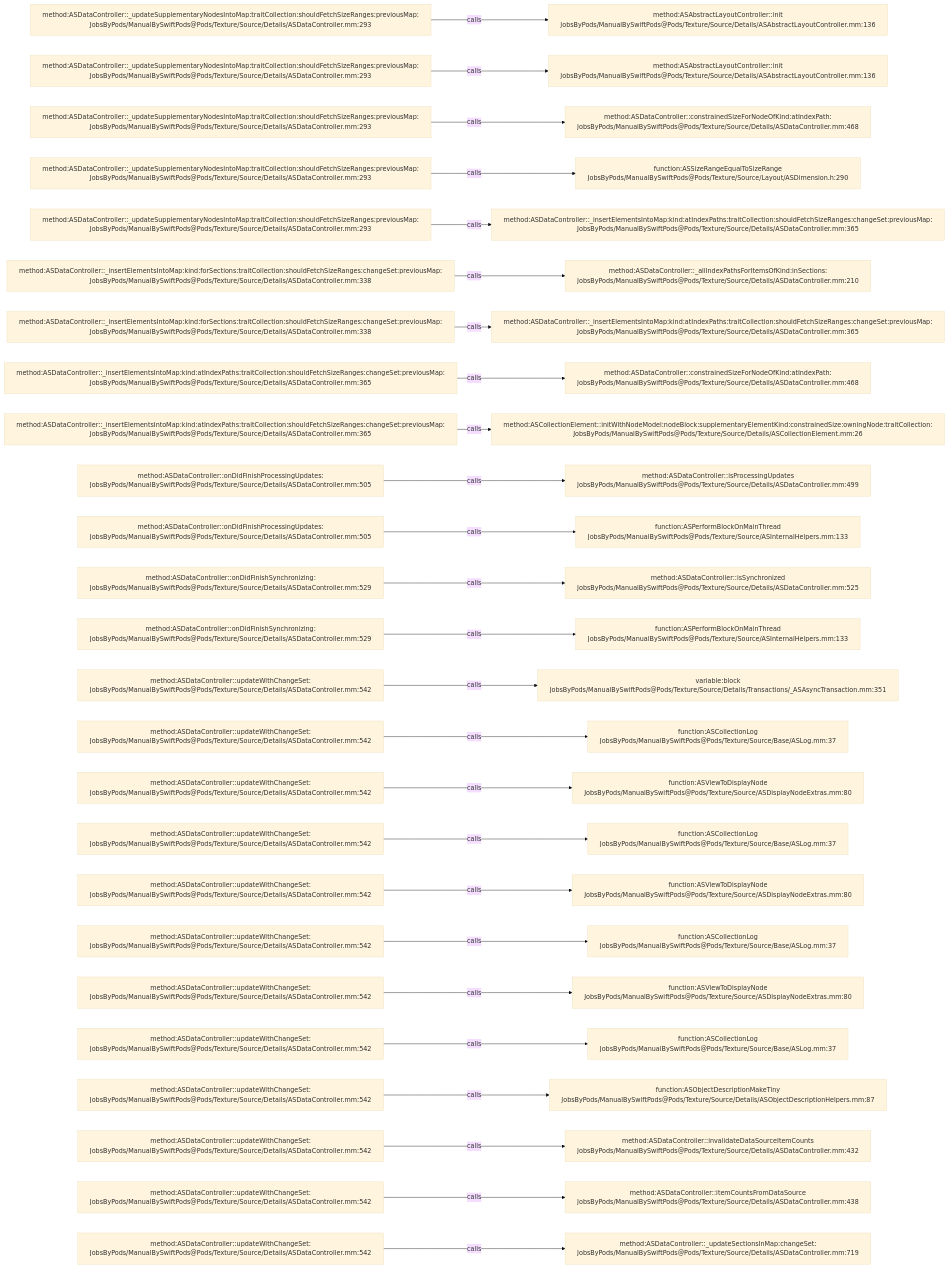
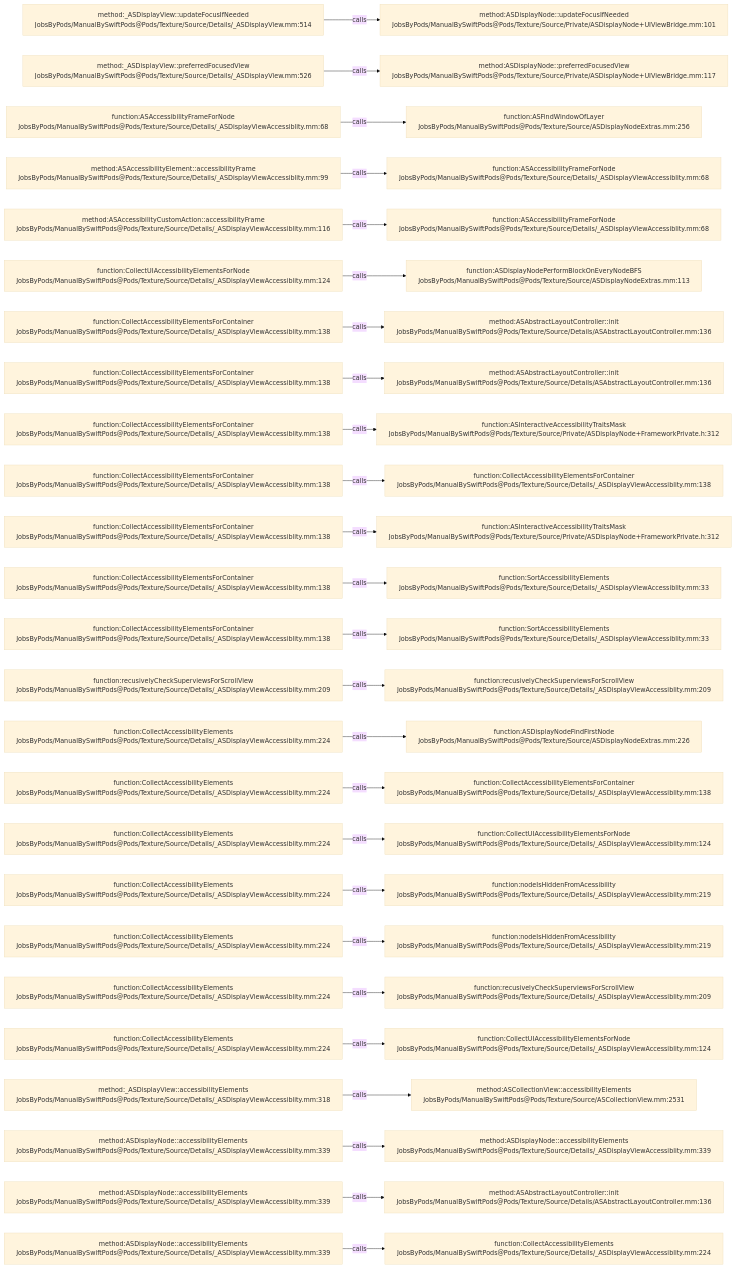
Before and after one commit to JobsKits/JobsSwiftBaseConfigDemo: the diagram in .codegraph/codegraph.md/graphs/calls-104.md, drawn with Mermaid (base theme). The commit also changed 832 other files, not shown here.

````diff
--- a/.codegraph/codegraph.md/graphs/calls-104.md
+++ b/.codegraph/codegraph.md/graphs/calls-104.md
@@ -13,78 +13,78 @@
 ```mermaid
 flowchart LR
-  S1["method:ASDataController::_updateSupplementaryNodesIntoMap:traitCollection:shouldFetchSizeRanges:previousMap:<br/>JobsByPods/ManualBySwiftPods@Pods/Texture/Source/Details/ASDataController.mm:293"]
-  T1["method:ASAbstractLayoutController::init<br/>JobsByPods/ManualBySwiftPods@Pods/Texture/Source/Details/ASAbstractLayoutController.mm:136"]
+  S1["method:_ASDisplayView::updateFocusIfNeeded<br/>JobsByPods/ManualBySwiftPods@Pods/Texture/Source/Details/_ASDisplayView.mm:514"]
+  T1["method:ASDisplayNode::updateFocusIfNeeded<br/>JobsByPods/ManualBySwiftPods@Pods/Texture/Source/Private/ASDisplayNode+UIViewBridge.mm:101"]
   S1 -->|calls| T1
-  S2["method:ASDataController::_updateSupplementaryNodesIntoMap:traitCollection:shouldFetchSizeRanges:previousMap:<br/>JobsByPods/ManualBySwiftPods@Pods/Texture/Source/Details/ASDataController.mm:293"]
-  T2["method:ASAbstractLayoutController::init<br/>JobsByPods/ManualBySwiftPods@Pods/Texture/Source/Details/ASAbstractLayoutController.mm:136"]
+  S2["method:_ASDisplayView::preferredFocusedView<br/>JobsByPods/ManualBySwiftPods@Pods/Texture/Source/Details/_ASDisplayView.mm:526"]
+  T2["method:ASDisplayNode::preferredFocusedView<br/>JobsByPods/ManualBySwiftPods@Pods/Texture/Source/Private/ASDisplayNode+UIViewBridge.mm:117"]
   S2 -->|calls| T2
-  S3["method:ASDataController::_updateSupplementaryNodesIntoMap:traitCollection:shouldFetchSizeRanges:previousMap:<br/>JobsByPods/ManualBySwiftPods@Pods/Texture/Source/Details/ASDataController.mm:293"]
-  T3["method:ASDataController::constrainedSizeForNodeOfKind:atIndexPath:<br/>JobsByPods/ManualBySwiftPods@Pods/Texture/Source/Details/ASDataController.mm:468"]
+  S3["function:ASAccessibilityFrameForNode<br/>JobsByPods/ManualBySwiftPods@Pods/Texture/Source/Details/_ASDisplayViewAccessiblity.mm:68"]
+  T3["function:ASFindWindowOfLayer<br/>JobsByPods/ManualBySwiftPods@Pods/Texture/Source/ASDisplayNodeExtras.mm:256"]
   S3 -->|calls| T3
-  S4["method:ASDataController::_updateSupplementaryNodesIntoMap:traitCollection:shouldFetchSizeRanges:previousMap:<br/>JobsByPods/ManualBySwiftPods@Pods/Texture/Source/Details/ASDataController.mm:293"]
-  T4["function:ASSizeRangeEqualToSizeRange<br/>JobsByPods/ManualBySwiftPods@Pods/Texture/Source/Layout/ASDimension.h:290"]
+  S4["method:ASAccessibilityElement::accessibilityFrame<br/>JobsByPods/ManualBySwiftPods@Pods/Texture/Source/Details/_ASDisplayViewAccessiblity.mm:99"]
+  T4["function:ASAccessibilityFrameForNode<br/>JobsByPods/ManualBySwiftPods@Pods/Texture/Source/Details/_ASDisplayViewAccessiblity.mm:68"]
   S4 -->|calls| T4
-  S5["method:ASDataController::_updateSupplementaryNodesIntoMap:traitCollection:shouldFetchSizeRanges:previousMap:<br/>JobsByPods/ManualBySwiftPods@Pods/Texture/Source/Details/ASDataController.mm:293"]
-  T5["method:ASDataController::_insertElementsIntoMap:kind:atIndexPaths:traitCollection:shouldFetchSizeRanges:changeSet:previousMap:<br/>JobsByPods/ManualBySwiftPods@Pods/Texture/Source/Details/ASDataController.mm:365"]
+  S5["method:ASAccessibilityCustomAction::accessibilityFrame<br/>JobsByPods/ManualBySwiftPods@Pods/Texture/Source/Details/_ASDisplayViewAccessiblity.mm:116"]
+  T5["function:ASAccessibilityFrameForNode<br/>JobsByPods/ManualBySwiftPods@Pods/Texture/Source/Details/_ASDisplayViewAccessiblity.mm:68"]
   S5 -->|calls| T5
-  S6["method:ASDataController::_insertElementsIntoMap:kind:forSections:traitCollection:shouldFetchSizeRanges:changeSet:previousMap:<br/>JobsByPods/ManualBySwiftPods@Pods/Texture/Source/Details/ASDataController.mm:338"]
-  T6["method:ASDataController::_allIndexPathsForItemsOfKind:inSections:<br/>JobsByPods/ManualBySwiftPods@Pods/Texture/Source/Details/ASDataController.mm:210"]
+  S6["function:CollectUIAccessibilityElementsForNode<br/>JobsByPods/ManualBySwiftPods@Pods/Texture/Source/Details/_ASDisplayViewAccessiblity.mm:124"]
+  T6["function:ASDisplayNodePerformBlockOnEveryNodeBFS<br/>JobsByPods/ManualBySwiftPods@Pods/Texture/Source/ASDisplayNodeExtras.mm:113"]
   S6 -->|calls| T6
-  S7["method:ASDataController::_insertElementsIntoMap:kind:forSections:traitCollection:shouldFetchSizeRanges:changeSet:previousMap:<br/>JobsByPods/ManualBySwiftPods@Pods/Texture/Source/Details/ASDataController.mm:338"]
-  T7["method:ASDataController::_insertElementsIntoMap:kind:atIndexPaths:traitCollection:shouldFetchSizeRanges:changeSet:previousMap:<br/>JobsByPods/ManualBySwiftPods@Pods/Texture/Source/Details/ASDataController.mm:365"]
+  S7["function:CollectAccessibilityElementsForContainer<br/>JobsByPods/ManualBySwiftPods@Pods/Texture/Source/Details/_ASDisplayViewAccessiblity.mm:138"]
+  T7["method:ASAbstractLayoutController::init<br/>JobsByPods/ManualBySwiftPods@Pods/Texture/Source/Details/ASAbstractLayoutController.mm:136"]
   S7 -->|calls| T7
-  S8["method:ASDataController::_insertElementsIntoMap:kind:atIndexPaths:traitCollection:shouldFetchSizeRanges:changeSet:previousMap:<br/>JobsByPods/ManualBySwiftPods@Pods/Texture/Source/Details/ASDataController.mm:365"]
-  T8["method:ASDataController::constrainedSizeForNodeOfKind:atIndexPath:<br/>JobsByPods/ManualBySwiftPods@Pods/Texture/Source/Details/ASDataController.mm:468"]
+  S8["function:CollectAccessibilityElementsForContainer<br/>JobsByPods/ManualBySwiftPods@Pods/Texture/Source/Details/_ASDisplayViewAccessiblity.mm:138"]
+  T8["method:ASAbstractLayoutController::init<br/>JobsByPods/ManualBySwiftPods@Pods/Texture/Source/Details/ASAbstractLayoutController.mm:136"]
   S8 -->|calls| T8
-  S9["method:ASDataController::_insertElementsIntoMap:kind:atIndexPaths:traitCollection:shouldFetchSizeRanges:changeSet:previousMap:<br/>JobsByPods/ManualBySwiftPods@Pods/Texture/Source/Details/ASDataController.mm:365"]
-  T9["method:ASCollectionElement::initWithNodeModel:nodeBlock:supplementaryElementKind:constrainedSize:owningNode:traitCollection:<br/>JobsByPods/ManualBySwiftPods@Pods/Texture/Source/Details/ASCollectionElement.mm:26"]
+  S9["function:CollectAccessibilityElementsForContainer<br/>JobsByPods/ManualBySwiftPods@Pods/Texture/Source/Details/_ASDisplayViewAccessiblity.mm:138"]
+  T9["function:ASInteractiveAccessibilityTraitsMask<br/>JobsByPods/ManualBySwiftPods@Pods/Texture/Source/Private/ASDisplayNode+FrameworkPrivate.h:312"]
   S9 -->|calls| T9
-  S10["method:ASDataController::onDidFinishProcessingUpdates:<br/>JobsByPods/ManualBySwiftPods@Pods/Texture/Source/Details/ASDataController.mm:505"]
-  T10["method:ASDataController::isProcessingUpdates<br/>JobsByPods/ManualBySwiftPods@Pods/Texture/Source/Details/ASDataController.mm:499"]
+  S10["function:CollectAccessibilityElementsForContainer<br/>JobsByPods/ManualBySwiftPods@Pods/Texture/Source/Details/_ASDisplayViewAccessiblity.mm:138"]
+  T10["function:CollectAccessibilityElementsForContainer<br/>JobsByPods/ManualBySwiftPods@Pods/Texture/Source/Details/_ASDisplayViewAccessiblity.mm:138"]
   S10 -->|calls| T10
-  S11["method:ASDataController::onDidFinishProcessingUpdates:<br/>JobsByPods/ManualBySwiftPods@Pods/Texture/Source/Details/ASDataController.mm:505"]
-  T11["function:ASPerformBlockOnMainThread<br/>JobsByPods/ManualBySwiftPods@Pods/Texture/Source/ASInternalHelpers.mm:133"]
+  S11["function:CollectAccessibilityElementsForContainer<br/>JobsByPods/ManualBySwiftPods@Pods/Texture/Source/Details/_ASDisplayViewAccessiblity.mm:138"]
+  T11["function:ASInteractiveAccessibilityTraitsMask<br/>JobsByPods/ManualBySwiftPods@Pods/Texture/Source/Private/ASDisplayNode+FrameworkPrivate.h:312"]
   S11 -->|calls| T11
-  S12["method:ASDataController::onDidFinishSynchronizing:<br/>JobsByPods/ManualBySwiftPods@Pods/Texture/Source/Details/ASDataController.mm:529"]
-  T12["method:ASDataController::isSynchronized<br/>JobsByPods/ManualBySwiftPods@Pods/Texture/Source/Details/ASDataController.mm:525"]
+  S12["function:CollectAccessibilityElementsForContainer<br/>JobsByPods/ManualBySwiftPods@Pods/Texture/Source/Details/_ASDisplayViewAccessiblity.mm:138"]
+  T12["function:SortAccessibilityElements<br/>JobsByPods/ManualBySwiftPods@Pods/Texture/Source/Details/_ASDisplayViewAccessiblity.mm:33"]
   S12 -->|calls| T12
-  S13["method:ASDataController::onDidFinishSynchronizing:<br/>JobsByPods/ManualBySwiftPods@Pods/Texture/Source/Details/ASDataController.mm:529"]
-  T13["function:ASPerformBlockOnMainThread<br/>JobsByPods/ManualBySwiftPods@Pods/Texture/Source/ASInternalHelpers.mm:133"]
+  S13["function:CollectAccessibilityElementsForContainer<br/>JobsByPods/ManualBySwiftPods@Pods/Texture/Source/Details/_ASDisplayViewAccessiblity.mm:138"]
+  T13["function:SortAccessibilityElements<br/>JobsByPods/ManualBySwiftPods@Pods/Texture/Source/Details/_ASDisplayViewAccessiblity.mm:33"]
   S13 -->|calls| T13
-  S14["method:ASDataController::updateWithChangeSet:<br/>JobsByPods/ManualBySwiftPods@Pods/Texture/Source/Details/ASDataController.mm:542"]
-  T14["variable:block<br/>JobsByPods/ManualBySwiftPods@Pods/Texture/Source/Details/Transactions/_ASAsyncTransaction.mm:351"]
+  S14["function:recusivelyCheckSuperviewsForScrollView<br/>JobsByPods/ManualBySwiftPods@Pods/Texture/Source/Details/_ASDisplayViewAccessiblity.mm:209"]
+  T14["function:recusivelyCheckSuperviewsForScrollView<br/>JobsByPods/ManualBySwiftPods@Pods/Texture/Source/Details/_ASDisplayViewAccessiblity.mm:209"]
   S14 -->|calls| T14
-  S15["method:ASDataController::updateWithChangeSet:<br/>JobsByPods/ManualBySwiftPods@Pods/Texture/Source/Details/ASDataController.mm:542"]
-  T15["function:ASCollectionLog<br/>JobsByPods/ManualBySwiftPods@Pods/Texture/Source/Base/ASLog.mm:37"]
+  S15["function:CollectAccessibilityElements<br/>JobsByPods/ManualBySwiftPods@Pods/Texture/Source/Details/_ASDisplayViewAccessiblity.mm:224"]
+  T15["function:ASDisplayNodeFindFirstNode<br/>JobsByPods/ManualBySwiftPods@Pods/Texture/Source/ASDisplayNodeExtras.mm:226"]
   S15 -->|calls| T15
-  S16["method:ASDataController::updateWithChangeSet:<br/>JobsByPods/ManualBySwiftPods@Pods/Texture/Source/Details/ASDataController.mm:542"]
-  T16["function:ASViewToDisplayNode<br/>JobsByPods/ManualBySwiftPods@Pods/Texture/Source/ASDisplayNodeExtras.mm:80"]
+  S16["function:CollectAccessibilityElements<br/>JobsByPods/ManualBySwiftPods@Pods/Texture/Source/Details/_ASDisplayViewAccessiblity.mm:224"]
+  T16["function:CollectAccessibilityElementsForContainer<br/>JobsByPods/ManualBySwiftPods@Pods/Texture/Source/Details/_ASDisplayViewAccessiblity.mm:138"]
   S16 -->|calls| T16
-  S17["method:ASDataController::updateWithChangeSet:<br/>JobsByPods/ManualBySwiftPods@Pods/Texture/Source/Details/ASDataController.mm:542"]
-  T17["function:ASCollectionLog<br/>JobsByPods/ManualBySwiftPods@Pods/Texture/Source/Base/ASLog.mm:37"]
+  S17["function:CollectAccessibilityElements<br/>JobsByPods/ManualBySwiftPods@Pods/Texture/Source/Details/_ASDisplayViewAccessiblity.mm:224"]
+  T17["function:CollectUIAccessibilityElementsForNode<br/>JobsByPods/ManualBySwiftPods@Pods/Texture/Source/Details/_ASDisplayViewAccessiblity.mm:124"]
   S17 -->|calls| T17
-  S18["method:ASDataController::updateWithChangeSet:<br/>JobsByPods/ManualBySwiftPods@Pods/Texture/Source/Details/ASDataController.mm:542"]
-  T18["function:ASViewToDisplayNode<br/>JobsByPods/ManualBySwiftPods@Pods/Texture/Source/ASDisplayNodeExtras.mm:80"]
+  S18["function:CollectAccessibilityElements<br/>JobsByPods/ManualBySwiftPods@Pods/Texture/Source/Details/_ASDisplayViewAccessiblity.mm:224"]
+  T18["function:nodeIsHiddenFromAcessibility<br/>JobsByPods/ManualBySwiftPods@Pods/Texture/Source/Details/_ASDisplayViewAccessiblity.mm:219"]
   S18 -->|calls| T18
-  S19["method:ASDataController::updateWithChangeSet:<br/>JobsByPods/ManualBySwiftPods@Pods/Texture/Source/Details/ASDataController.mm:542"]
-  T19["function:ASCollectionLog<br/>JobsByPods/ManualBySwiftPods@Pods/Texture/Source/Base/ASLog.mm:37"]
+  S19["function:CollectAccessibilityElements<br/>JobsByPods/ManualBySwiftPods@Pods/Texture/Source/Details/_ASDisplayViewAccessiblity.mm:224"]
+  T19["function:nodeIsHiddenFromAcessibility<br/>JobsByPods/ManualBySwiftPods@Pods/Texture/Source/Details/_ASDisplayViewAccessiblity.mm:219"]
   S19 -->|calls| T19
-  S20["method:ASDataController::updateWithChangeSet:<br/>JobsByPods/ManualBySwiftPods@Pods/Texture/Source/Details/ASDataController.mm:542"]
-  T20["function:ASViewToDisplayNode<br/>JobsByPods/ManualBySwiftPods@Pods/Texture/Source/ASDisplayNodeExtras.mm:80"]
+  S20["function:CollectAccessibilityElements<br/>JobsByPods/ManualBySwiftPods@Pods/Texture/Source/Details/_ASDisplayViewAccessiblity.mm:224"]
+  T20["function:recusivelyCheckSuperviewsForScrollView<br/>JobsByPods/ManualBySwiftPods@Pods/Texture/Source/Details/_ASDisplayViewAccessiblity.mm:209"]
   S20 -->|calls| T20
-  S21["method:ASDataController::updateWithChangeSet:<br/>JobsByPods/ManualBySwiftPods@Pods/Texture/Source/Details/ASDataController.mm:542"]
-  T21["function:ASCollectionLog<br/>JobsByPods/ManualBySwiftPods@Pods/Texture/Source/Base/ASLog.mm:37"]
+  S21["function:CollectAccessibilityElements<br/>JobsByPods/ManualBySwiftPods@Pods/Texture/Source/Details/_ASDisplayViewAccessiblity.mm:224"]
+  T21["function:CollectUIAccessibilityElementsForNode<br/>JobsByPods/ManualBySwiftPods@Pods/Texture/Source/Details/_ASDisplayViewAccessiblity.mm:124"]
   S21 -->|calls| T21
-  S22["method:ASDataController::updateWithChangeSet:<br/>JobsByPods/ManualBySwiftPods@Pods/Texture/Source/Details/ASDataController.mm:542"]
-  T22["function:ASObjectDescriptionMakeTiny<br/>JobsByPods/ManualBySwiftPods@Pods/Texture/Source/Details/ASObjectDescriptionHelpers.mm:87"]
+  S22["method:_ASDisplayView::accessibilityElements<br/>JobsByPods/ManualBySwiftPods@Pods/Texture/Source/Details/_ASDisplayViewAccessiblity.mm:318"]
+  T22["method:ASCollectionView::accessibilityElements<br/>JobsByPods/ManualBySwiftPods@Pods/Texture/Source/ASCollectionView.mm:2531"]
   S22 -->|calls| T22
-  S23["method:ASDataController::updateWithChangeSet:<br/>JobsByPods/ManualBySwiftPods@Pods/Texture/Source/Details/ASDataController.mm:542"]
-  T23["method:ASDataController::invalidateDataSourceItemCounts<br/>JobsByPods/ManualBySwiftPods@Pods/Texture/Source/Details/ASDataController.mm:432"]
+  S23["method:ASDisplayNode::accessibilityElements<br/>JobsByPods/ManualBySwiftPods@Pods/Texture/Source/Details/_ASDisplayViewAccessiblity.mm:339"]
+  T23["method:ASDisplayNode::accessibilityElements<br/>JobsByPods/ManualBySwiftPods@Pods/Texture/Source/Details/_ASDisplayViewAccessiblity.mm:339"]
   S23 -->|calls| T23
-  S24["method:ASDataController::updateWithChangeSet:<br/>JobsByPods/ManualBySwiftPods@Pods/Texture/Source/Details/ASDataController.mm:542"]
-  T24["method:ASDataController::itemCountsFromDataSource<br/>JobsByPods/ManualBySwiftPods@Pods/Texture/Source/Details/ASDataController.mm:438"]
+  S24["method:ASDisplayNode::accessibilityElements<br/>JobsByPods/ManualBySwiftPods@Pods/Texture/Source/Details/_ASDisplayViewAccessiblity.mm:339"]
+  T24["method:ASAbstractLayoutController::init<br/>JobsByPods/ManualBySwiftPods@Pods/Texture/Source/Details/ASAbstractLayoutController.mm:136"]
   S24 -->|calls| T24
-  S25["method:ASDataController::updateWithChangeSet:<br/>JobsByPods/ManualBySwiftPods@Pods/Texture/Source/Details/ASDataController.mm:542"]
-  T25["method:ASDataController::_updateSectionsInMap:changeSet:<br/>JobsByPods/ManualBySwiftPods@Pods/Texture/Source/Details/ASDataController.mm:719"]
+  S25["method:ASDisplayNode::accessibilityElements<br/>JobsByPods/ManualBySwiftPods@Pods/Texture/Source/Details/_ASDisplayViewAccessiblity.mm:339"]
+  T25["function:CollectAccessibilityElements<br/>JobsByPods/ManualBySwiftPods@Pods/Texture/Source/Details/_ASDisplayViewAccessiblity.mm:224"]
   S25 -->|calls| T25
 ```
````
